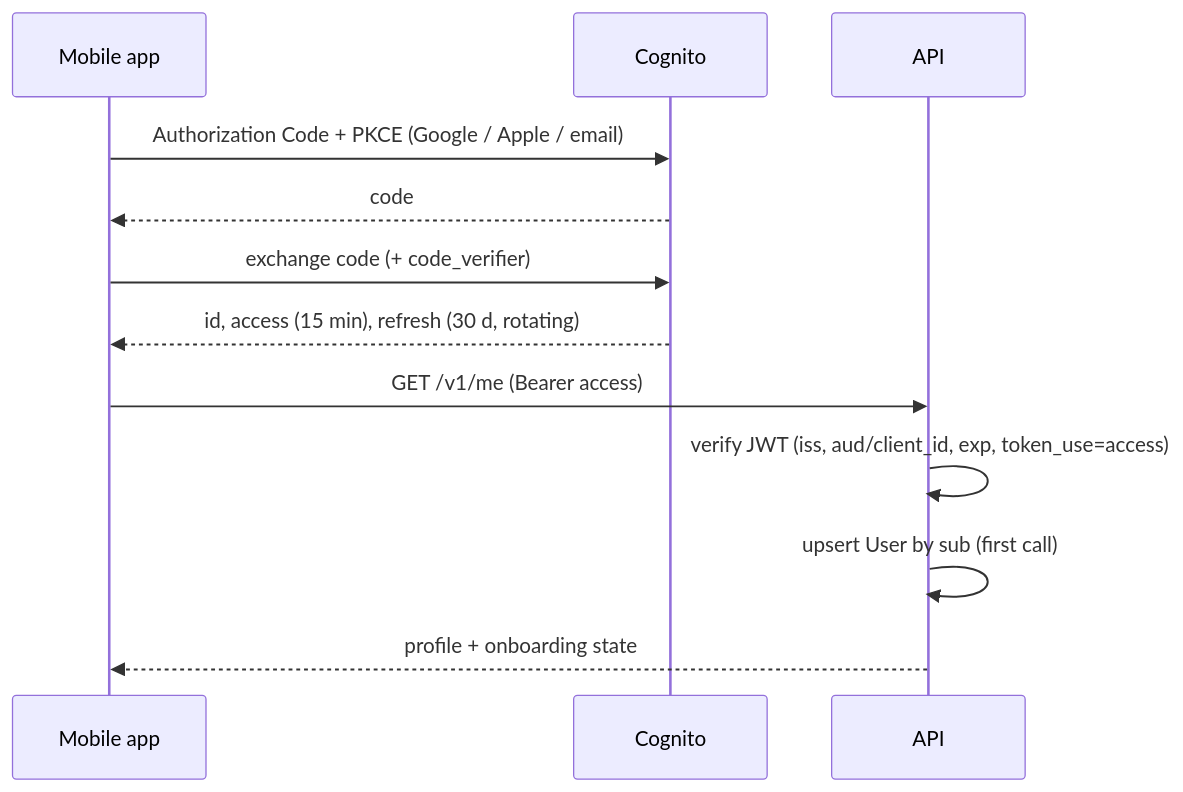
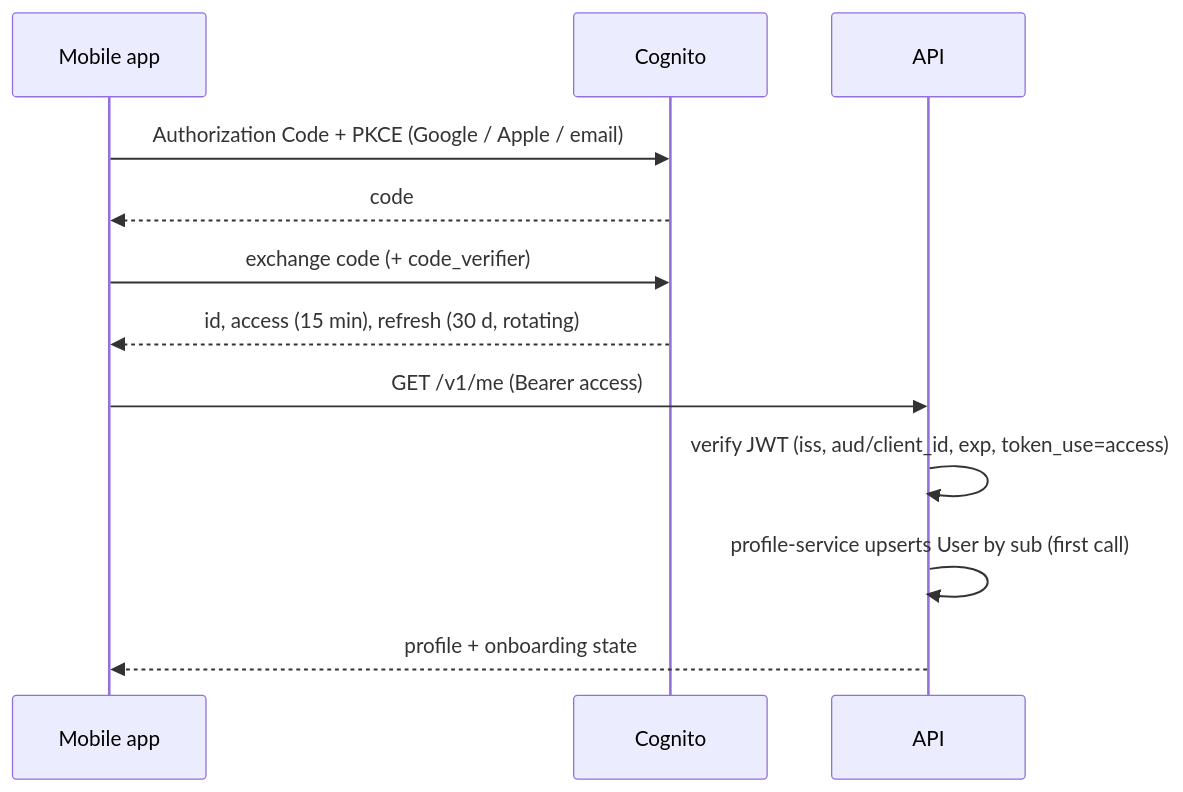
Before and after one commit to master-node1/theauracoach: the diagram in docs/modules/authentication/LLD.md, drawn with Mermaid. The commit also changed other lines of this file and 37 other files, not shown here.

````diff
--- a/docs/modules/authentication/LLD.md
+++ b/docs/modules/authentication/LLD.md
@@ -20,14 +28,14 @@
 ```mermaid
 sequenceDiagram
   participant M as Mobile app
   participant C as Cognito
   participant A as API
   M->>C: Authorization Code + PKCE (Google / Apple / email)
   C-->>M: code
   M->>C: exchange code (+ code_verifier)
   C-->>M: id, access (15 min), refresh (30 d, rotating)
   M->>A: GET /v1/me (Bearer access)
   A->>A: verify JWT (iss, aud/client_id, exp, token_use=access)
-  A->>A: upsert User by sub (first call)
+  A->>A: profile-service upserts User by sub (first call)
   A-->>M: profile + onboarding state
 ```
````
